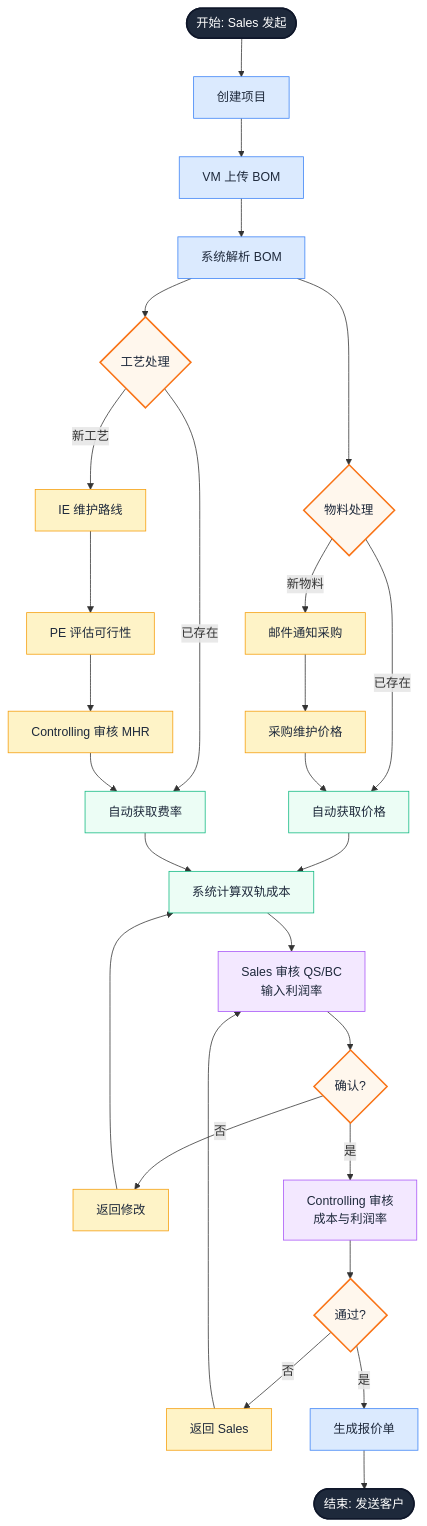
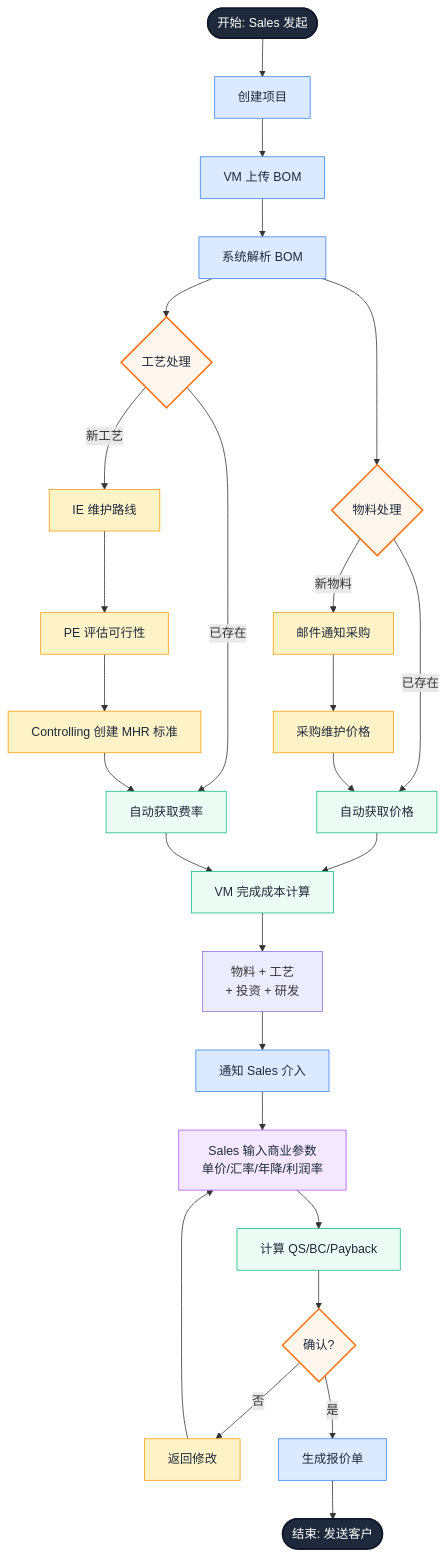
One commit to randyluo85/Quoting-Copilot changed the first of 2 diagrams in docs/PRD.md. Above: the diagram before and after it, drawn with Mermaid. The commit also changed other lines of this file, not shown here.

Commit message:
auto: claude changes

````diff
--- a/docs/PRD.md
+++ b/docs/PRD.md
@@ -379,58 +379,56 @@
 ```mermaid
 flowchart TB
     Start([开始: Sales 发起]) --> Project[创建项目]
 
     Project --> Upload[VM 上传 BOM]
     Upload --> Parse[系统解析 BOM]
 
     Parse --> MBranch{物料处理}
     Parse --> PBranch{工艺处理}
 
     %% 物料分支（左侧）
     MBranch -->|已存在| MAuto[自动获取价格]
     MBranch -->|新物料| MMail[邮件通知采购]
     MMail --> MPrice[采购维护价格]
     MPrice --> MAuto
 
     %% 工艺分支（右侧）
     PBranch -->|已存在| PAuto[自动获取费率]
     PBranch -->|新工艺| PIE[IE 维护路线]
     PIE --> PPE[PE 评估可行性]
-    PPE --> PControl[Controlling 审核 MHR]
+    PPE --> PControl[Controlling 创建 MHR 标准]
     PControl --> PAuto
 
     %% 汇合计算
-    MAuto --> Calc[系统计算双轨成本]
+    MAuto --> Calc[VM 完成成本计算]
     PAuto --> Calc
 
-    %% 审核流程（从上到下，无交叉）
-    Calc --> Sales[Sales 审核 QS/BC<br/>输入利润率]
-    Sales --> SDec{确认?}
+    Calc --> CalcFull[物料 + 工艺<br/>+ 投资 + 研发]
+    CalcFull --> Notify[通知 Sales 介入]
 
+    %% Sales 输入商业参数
+    Notify --> Sales[Sales 输入商业参数<br/>单价/汇率/年降/利润率]
+    Sales --> CalcQSBC[计算 QS/BC/Payback]
+
+    CalcQSBC --> SDec{确认?}
     SDec -->|否| SEdit[返回修改]
-    SEdit --> Calc
+    SEdit --> Sales
 
-    SDec -->|是| Control[Controlling 审核<br/>成本与利润率]
-    Control --> CDec{通过?}
-
-    CDec -->|否| CEdit[返回 Sales]
-    CEdit --> Sales
-
-    CDec -->|是| Export[生成报价单]
+    SDec -->|是| Export[生成报价单]
     Export --> End([结束: 发送客户])
 
     %% 样式：深色文字 + 浅色背景
     classDef startEnd fill:#1e293b,stroke:#0f172a,stroke-width:2px,color:#fff
     classDef decision fill:#fff7ed,stroke:#f97316,stroke-width:2px,color:#1e293b
     classDef auto fill:#ecfdf5,stroke:#10b981,stroke-width:1px,color:#1e293b
     classDef manual fill:#fef3c7,stroke:#f59e0b,stroke-width:1px,color:#1e293b
     classDef system fill:#dbeafe,stroke:#3b82f6,stroke-width:1px,color:#1e293b
     classDef review fill:#f3e8ff,stroke:#a855f7,stroke-width:1px,color:#1e293b
 
     class Start,End startEnd
-    class MBranch,PBranch,SDec,CDec decision
-    class MAuto,PAuto,Calc auto
-    class MMail,MPrice,PIE,PPE,PControl,SEdit,CEdit manual
-    class Project,Upload,Parse,Export system
-    class Sales,Control review
+    class MBranch,PBranch,SDec decision
+    class MAuto,PAuto,Calc,CalcQSBC auto
+    class MMail,MPrice,PIE,PPE,PControl,SEdit manual
+    class Project,Upload,Parse,Notify,Export system
+    class Sales review
 ```
````
